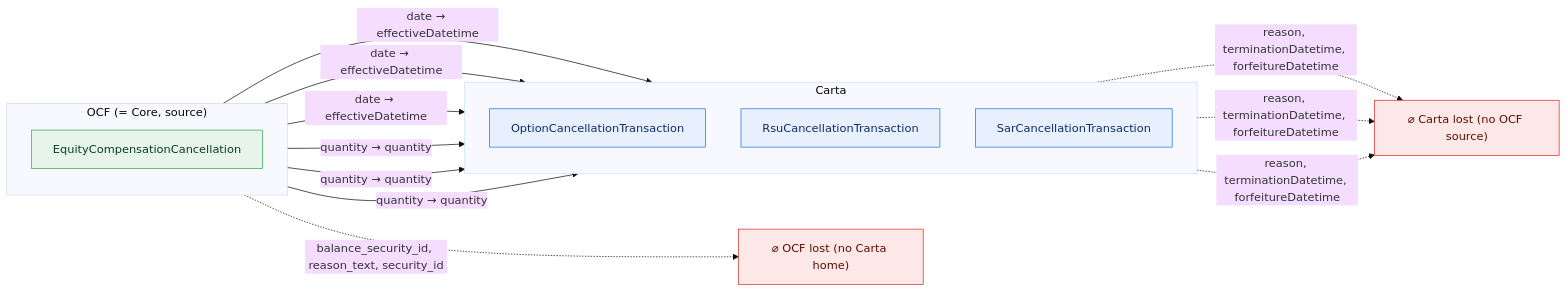
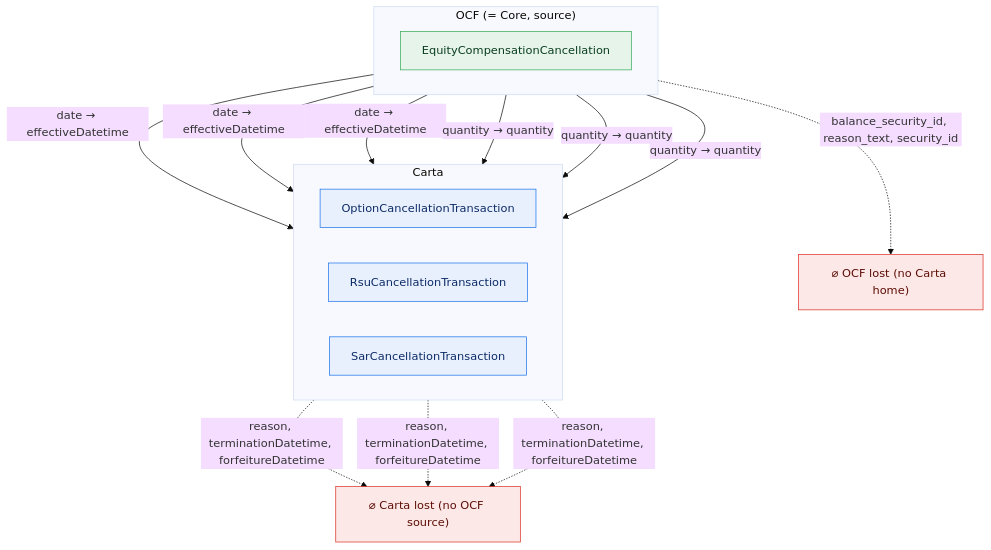
One commit to Open-Cap-Table-Coalition/OCF-Composed-Schemas changed the eighth of 14 diagrams in docs/core-bidirectional-flow.md. Above: the diagram before and after it, drawn with Mermaid (base theme). The commit also changed other lines of this file and 1 other file, not shown here.

First line of the commit message:
OCF Core: render hub-flow diagrams vertically (flowchart TB)

````diff
--- a/docs/core-bidirectional-flow.md
+++ b/docs/core-bidirectional-flow.md
@@ -406,29 +406,29 @@
 ```mermaid
-flowchart LR
+flowchart TB
   classDef adm fill:#e6f4ea,stroke:#34a853,color:#0b3d20;
   classDef notadm fill:#f1f3f4,stroke:#9aa0a6,color:#5f6368,stroke-dasharray:4 3;
   classDef carta fill:#e8f0fe,stroke:#1a73e8,color:#0d2b66;
   classDef lost fill:#fce8e6,stroke:#d93025,color:#5c0d06;
   subgraph SRC["OCF (= Core, source)"]
-    direction TB
+    direction LR
     o0["EquityCompensationCancellation"]:::adm
   end
   subgraph TGT["Carta"]
-    direction TB
+    direction LR
     t0["OptionCancellationTransaction"]:::carta
     t1["RsuCancellationTransaction"]:::carta
     t2["SarCancellationTransaction"]:::carta
   end
   ocflost["⌀ OCF lost (no Carta home)"]:::lost
   cartalost["⌀ Carta lost (no OCF source)"]:::lost
   o0 -->|"date → effectiveDatetime"| t0
   o0 -->|"date → effectiveDatetime"| t1
   o0 -->|"date → effectiveDatetime"| t2
   o0 -->|"quantity → quantity"| t0
   o0 -->|"quantity → quantity"| t1
   o0 -->|"quantity → quantity"| t2
   o0 -.->|"balance_security_id, reason_text, security_id"| ocflost
   t0 -.->|"reason, terminationDatetime, forfeitureDatetime"| cartalost
   t1 -.->|"reason, terminationDatetime, forfeitureDatetime"| cartalost
   t2 -.->|"reason, terminationDatetime, forfeitureDatetime"| cartalost
 ```
````
